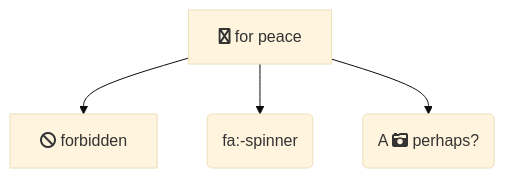
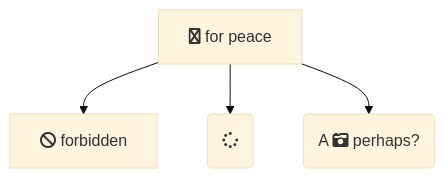
One commit to LuYF-Lemon-love/LuYF-Lemon-love.github.io changed diagram 46 of 46 in source/_posts/Flowcharts-Basic-Syntax-ubuntu.md. Above: the diagram before and after it, drawn with Mermaid (base theme). The commit also changed other lines of this file and 1 other file, not shown here.

```diff
--- a/source/_posts/Flowcharts-Basic-Syntax-ubuntu.md
+++ b/source/_posts/Flowcharts-Basic-Syntax-ubuntu.md
@@ -843,7 +843,7 @@
 {% mermaid %}
 flowchart TD
     B["fa:fa-twitter for peace"]
     B-->C[fa:fa-ban forbidden]
-    B-->D(fa:-spinner);
+    B-->D(fa:fa-spinner);
     B-->E(A fa:fa-camera-retro perhaps?)
 {% endmermaid %}
```
